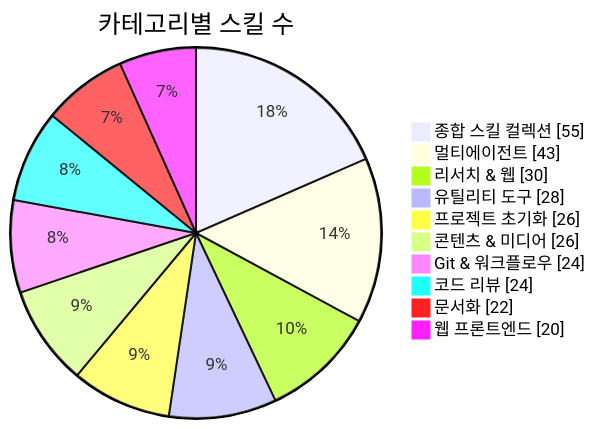
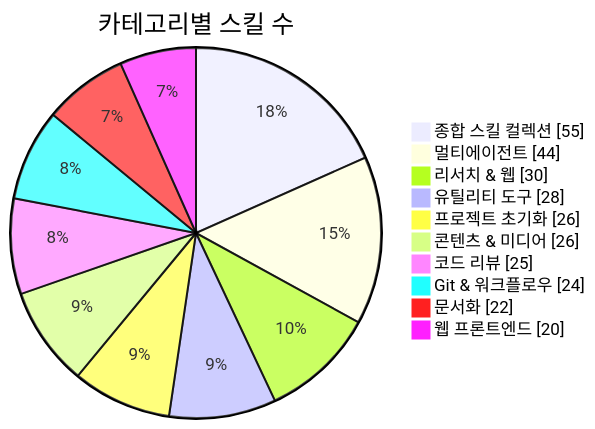
One commit to J-nowcow/awesome-korean-agent-skills changed the first of 3 diagrams in README.md. Above: the diagram before and after it, drawn with Mermaid. The commit also changed other lines of this file and 5 other files, not shown here.

````diff
--- a/README.md
+++ b/README.md
@@ -176,14 +176,14 @@
 ```mermaid
 pie showData
     title 카테고리별 스킬 수
     "종합 스킬 컬렉션" : 55
-    "멀티에이전트" : 43
+    "멀티에이전트" : 44
     "리서치 & 웹" : 30
     "유틸리티 도구" : 28
     "프로젝트 초기화" : 26
     "콘텐츠 & 미디어" : 26
+    "코드 리뷰" : 25
     "Git & 워크플로우" : 24
-    "코드 리뷰" : 24
     "문서화" : 22
     "웹 프론트엔드" : 20
 ```
````
